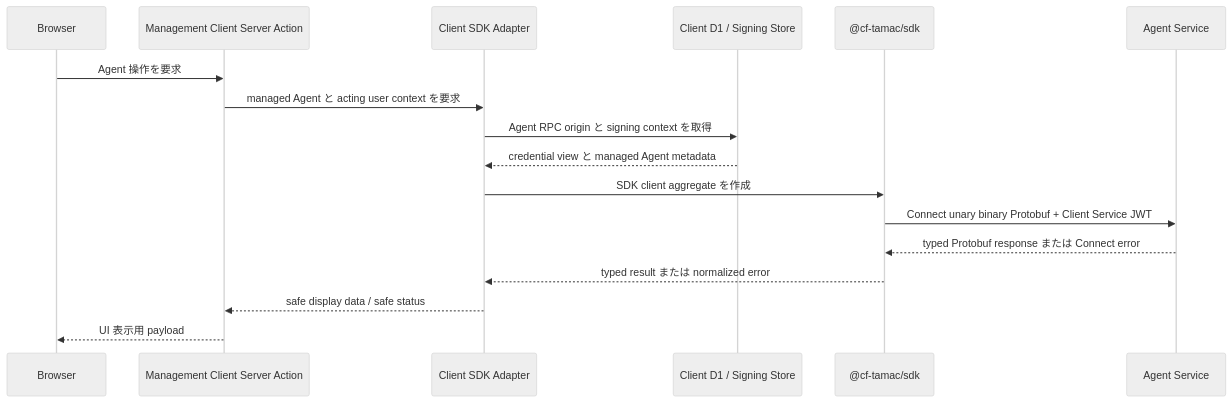
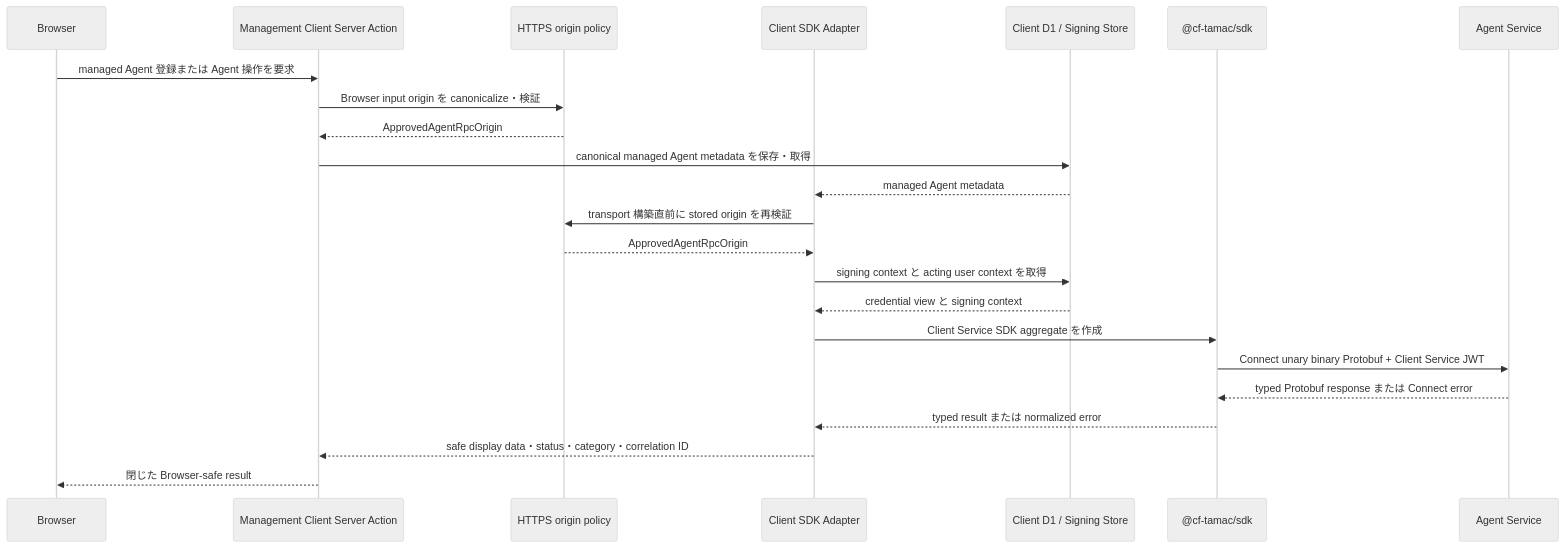
The third of 6 diagrams in openspec/changes/introduce-tamac-sdk/design.md (Suzlun/cf-tamac), drawn with Mermaid (neutral theme) before and after one commit. The commit also changed other lines of this file and 146 other files, not shown here.

````diff
--- a/openspec/changes/introduce-tamac-sdk/design.md
+++ b/openspec/changes/introduce-tamac-sdk/design.md
@@ -182,20 +370,26 @@
 ```mermaid
 sequenceDiagram
   participant B as Browser
   participant C as Management Client Server Action
+  participant P as HTTPS origin policy
   participant L as Client SDK Adapter
   participant D as Client D1 / Signing Store
   participant S as @cf-tamac/sdk
   participant A as Agent Service
 
-  B->>C: Agent 操作を要求
-  C->>L: managed Agent と acting user context を要求
-  L->>D: Agent RPC origin と signing context を取得
-  D-->>L: credential view と managed Agent metadata
-  L->>S: SDK client aggregate を作成
+  B->>C: managed Agent 登録または Agent 操作を要求
+  C->>P: Browser input origin を canonicalize・検証
+  P-->>C: ApprovedAgentRpcOrigin
+  C->>D: canonical managed Agent metadata を保存・取得
+  D-->>L: managed Agent metadata
+  L->>P: transport 構築直前に stored origin を再検証
+  P-->>L: ApprovedAgentRpcOrigin
+  L->>D: signing context と acting user context を取得
+  D-->>L: credential view と signing context
+  L->>S: Client Service SDK aggregate を作成
   S->>A: Connect unary binary Protobuf + Client Service JWT
   A-->>S: typed Protobuf response または Connect error
   S-->>L: typed result または normalized error
-  L-->>C: safe display data / safe status
-  C-->>B: UI 表示用 payload
+  L-->>C: safe display data・status・category・correlation ID
+  C-->>B: 閉じた Browser-safe result
 ```
````
